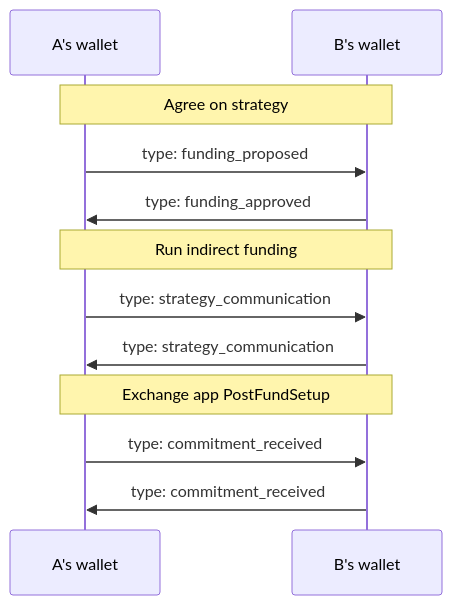
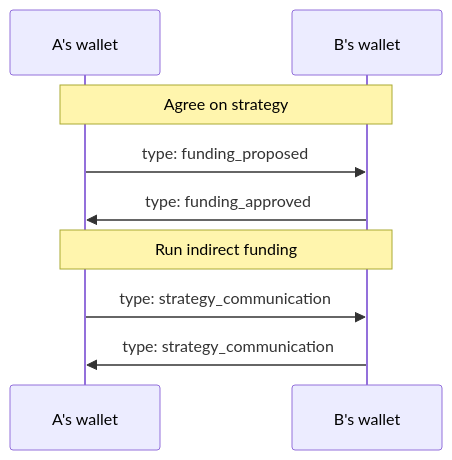
One commit to magmo/apps changed the third of 3 diagrams in packages/wallet/src/redux/protocols/funding/readme.md. Above: the diagram before and after it, drawn with Mermaid. The commit also changed other lines of this file, not shown here.

First line of the commit message:
Remove PostFundSetup communication from readme

````diff
--- a/packages/wallet/src/redux/protocols/funding/readme.md
+++ b/packages/wallet/src/redux/protocols/funding/readme.md
@@ -66,15 +64,12 @@
 ```mermaid
 sequenceDiagram
   participant A as A's wallet
   participant B as B's wallet
 
   Note over A, B: Agree on strategy
   A->>B: type: funding_proposed
   B->>A: type: funding_approved
   Note  over A, B: Run indirect funding
   A->>B: type: strategy_communication
   B->>A: type: strategy_communication
-  Note  over A, B: Exchange app PostFundSetup
-  A->>B: type: commitment_received
-  B->>A: type: commitment_received
 ```
````
